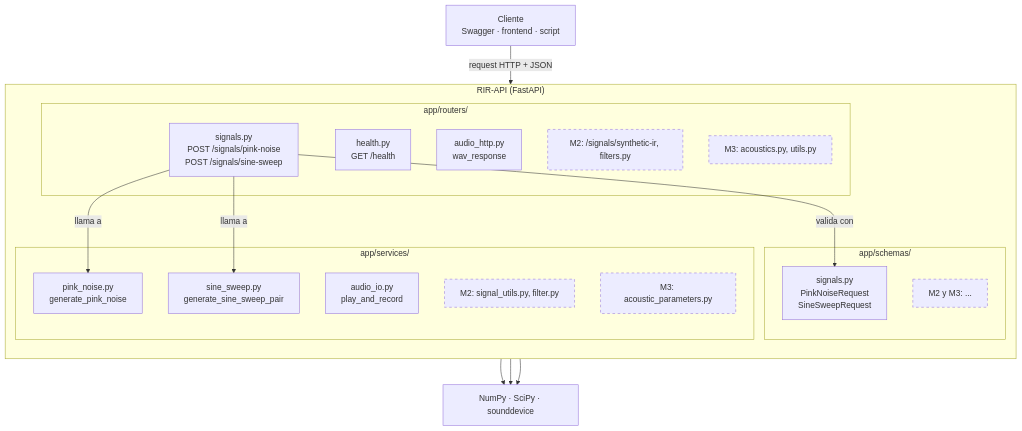
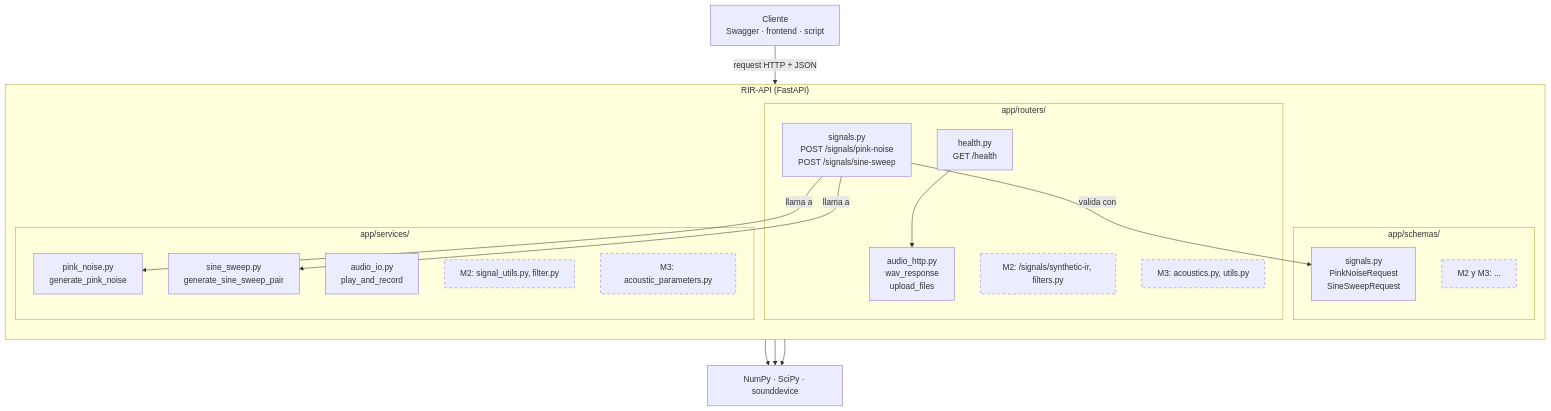
The diagram in README.md (alejo1129/rir-api), drawn with Mermaid before and after one commit.

````diff
--- a/README.md
+++ b/README.md
@@ -70,35 +70,36 @@
 ```mermaid
 flowchart TB
     C["Cliente<br/>Swagger · frontend · script"]
     subgraph API["RIR-API (FastAPI)"]
         direction TB
         subgraph R["app/routers/"]
             RH["health.py<br/>GET /health"]
-            RAH["audio_http.py<br/>wav_response"]
+            RAH["audio_http.py<br/>wav_response<br/>upload_files"]
             RS["signals.py<br/>POST /signals/pink-noise<br/>POST /signals/sine-sweep"]
             RM2["M2: /signals/synthetic-ir, filters.py"]
             RM3["M3: acoustics.py, utils.py"]
         end
         subgraph SC["app/schemas/"]
             SS["signals.py<br/>PinkNoiseRequest<br/>SineSweepRequest"]
             SM["M2 y M3: ..."]
         end
         subgraph SV["app/services/"]
             PN["pink_noise.py<br/>generate_pink_noise"]
             SW["sine_sweep.py<br/>generate_sine_sweep_pair"]
             IO["audio_io.py<br/>play_and_record"]
             VM2["M2: signal_utils.py, filter.py"]
             VM3["M3: acoustic_parameters.py"]
         end
     end
     L["NumPy · SciPy · sounddevice"]
     C -->|"request HTTP + JSON"| RS
     RS -->|"valida con"| SS
     RS -->|"llama a"| PN
     RS -->|"llama a"| SW
     PN --> L
     SW --> L
     IO --> L
+    RH --> RAH
     classDef pendiente stroke-dasharray: 5 5
     class RM2,RM3,SM,VM2,VM3 pendiente
 ```
````
